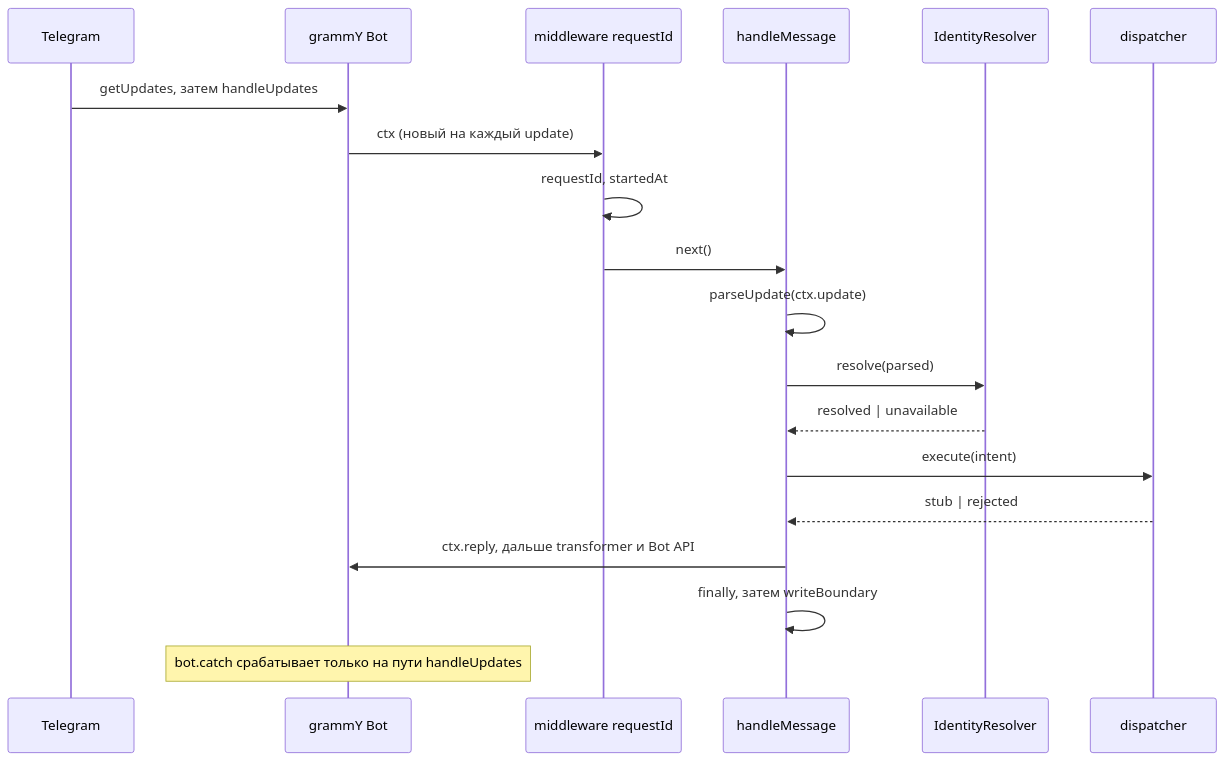
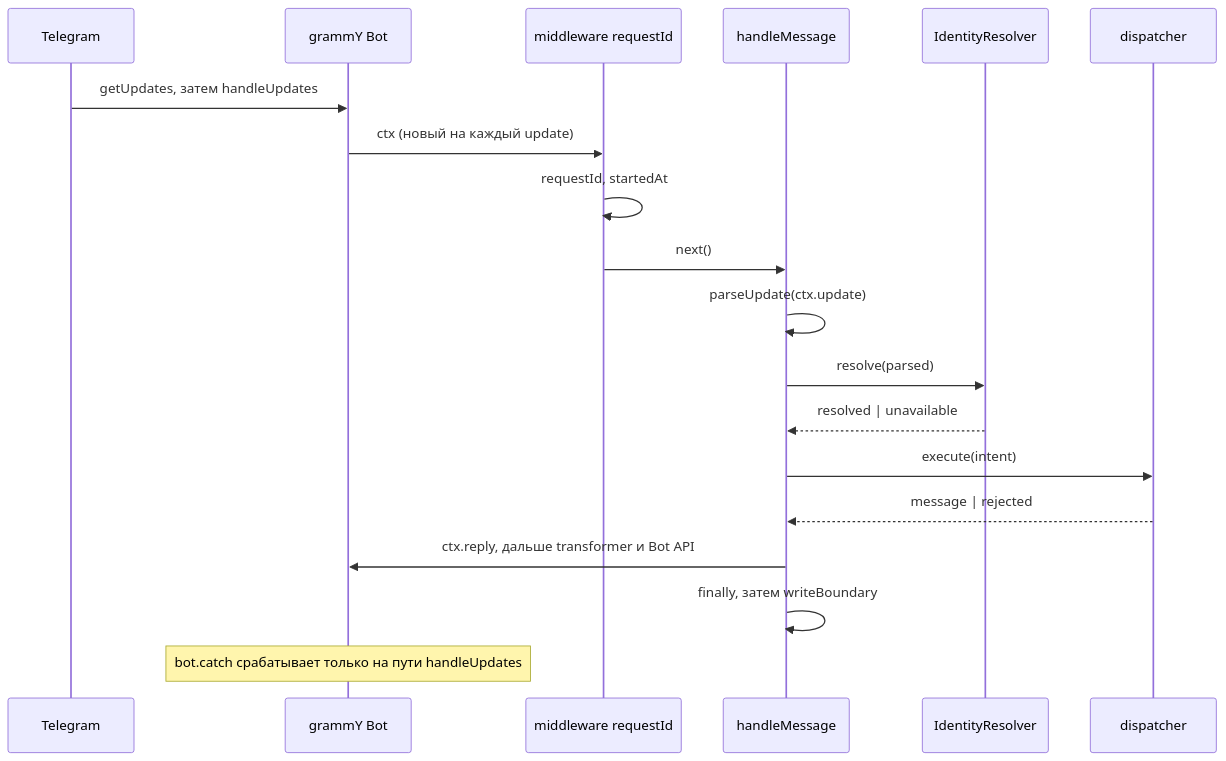
The diagram in docs/learning/grammy/bot-adapter.md (Solguficky/solguficky-hub), drawn with Mermaid before and after one commit. The commit also changed other lines of this file and 13 other files, not shown here.

````diff
--- a/docs/learning/grammy/bot-adapter.md
+++ b/docs/learning/grammy/bot-adapter.md
@@ -152,21 +152,21 @@
 ```mermaid
 sequenceDiagram
   participant TG as Telegram
   participant Bot as grammY Bot
   participant MW as middleware requestId
   participant H as handleMessage
   participant ID as IdentityResolver
   participant D as dispatcher
   TG->>Bot: getUpdates, затем handleUpdates
   Bot->>MW: ctx (новый на каждый update)
   MW->>MW: requestId, startedAt
   MW->>H: next()
   H->>H: parseUpdate(ctx.update)
   H->>ID: resolve(parsed)
   ID-->>H: resolved | unavailable
   H->>D: execute(intent)
-  D-->>H: stub | rejected
+  D-->>H: message | rejected
   H->>Bot: ctx.reply, дальше transformer и Bot API
   H->>H: finally, затем writeBoundary
   Note over Bot: bot.catch срабатывает только на пути handleUpdates
 ```
````
